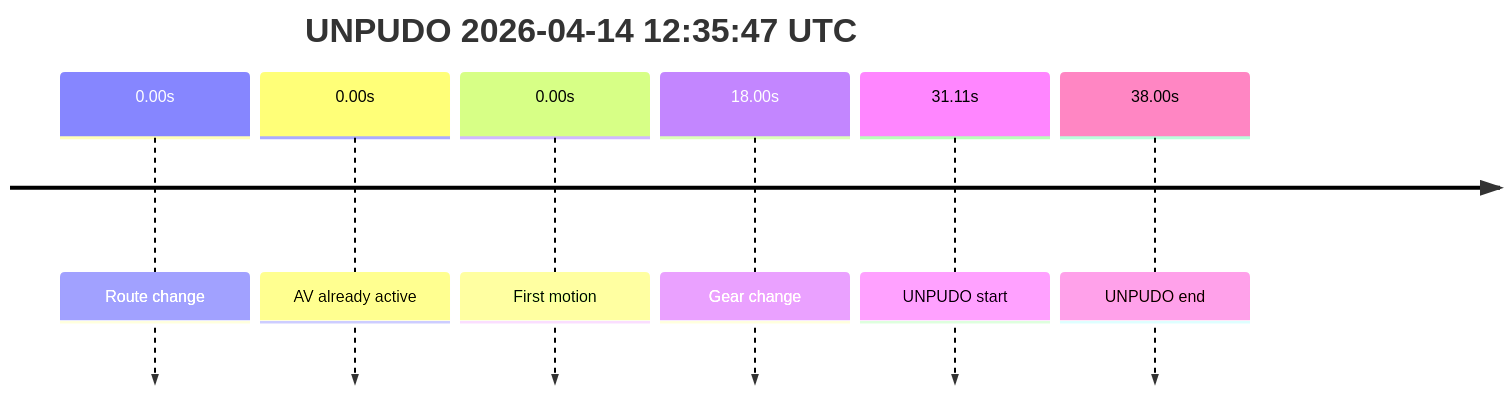
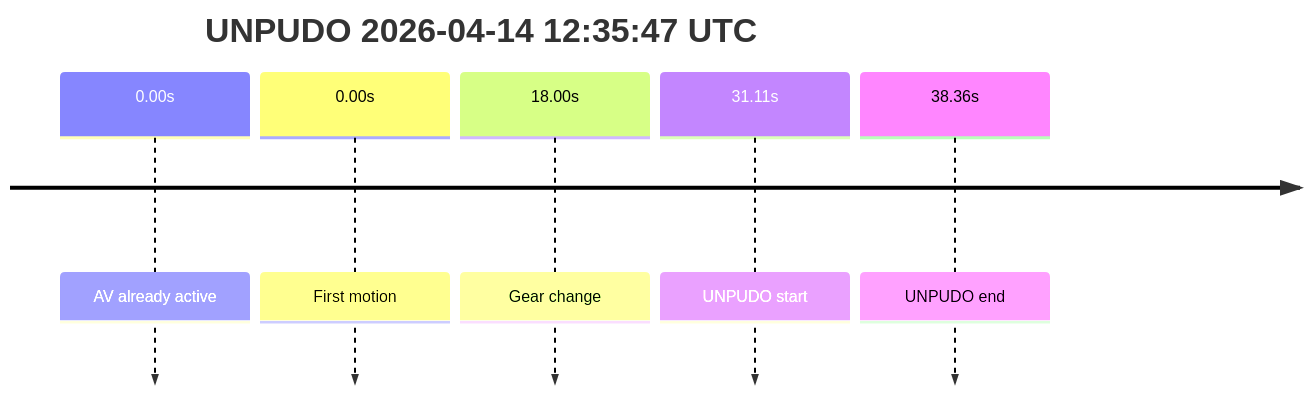
The diagram in model_analysis/report_cards/2026/04/Week-2/fme20040--2026-04-14--11-58-50--gen2-av-90560185-3296-43ba-9ec3-6a1693f1514a.md (yoelshapiro/vault), drawn with Mermaid before and after one commit. The commit also changed other lines of this file and 5 other files, not shown here.

````diff
--- a/model_analysis/report_cards/2026/04/Week-2/fme20040--2026-04-14--11-58-50--gen2-av-90560185-3296-43ba-9ec3-6a1693f1514a.md
+++ b/model_analysis/report_cards/2026/04/Week-2/fme20040--2026-04-14--11-58-50--gen2-av-90560185-3296-43ba-9ec3-6a1693f1514a.md
@@ -34,10 +33,9 @@
 ```mermaid
 timeline
     title UNPUDO 2026-04-14 12:35:47 UTC
-    0.00s : Route change
     0.00s : AV already active
     0.00s : First motion
     18.00s : Gear change
     31.11s : UNPUDO start
-    38.00s : UNPUDO end
+    38.36s : UNPUDO end
 ```
````
